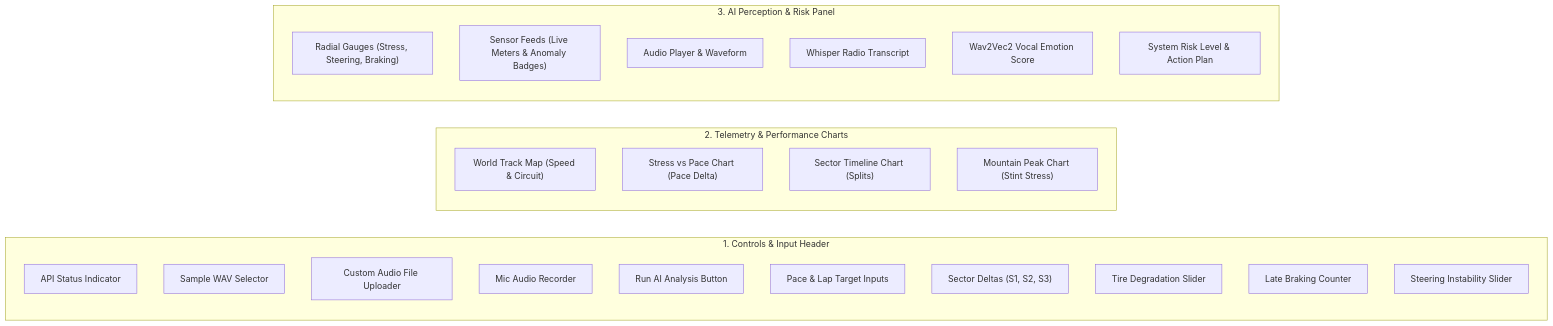
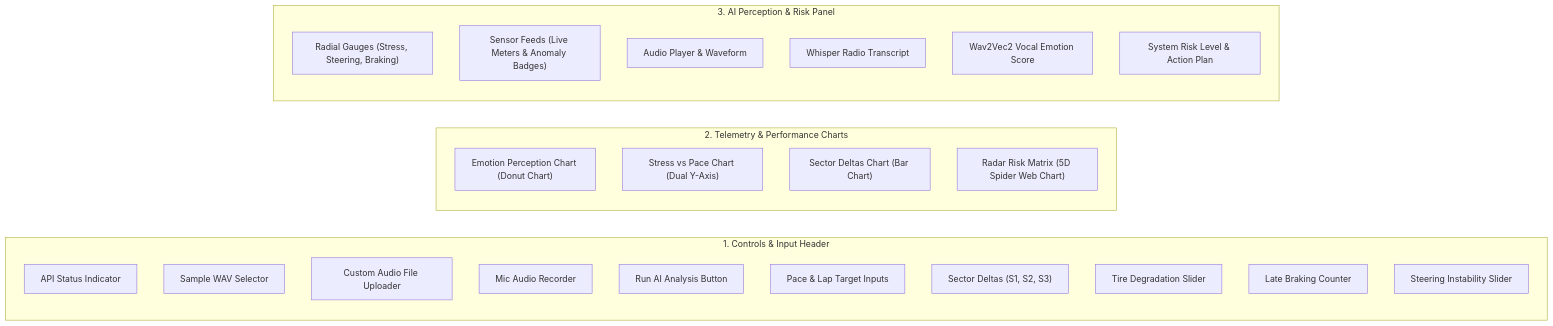
One commit to Aditsharma12/F1_sense changed the third of 3 diagrams in README.md. Above: the diagram before and after it, drawn with Mermaid. The commit also changed 13 other files, not shown here.

Commit message:
feat: enhance frontend UI with dynamic charts, emotion perception donut chart, 5D radar risk matrix, frosty glassmorphic cards, debounced live API integration, and ambient animations

````diff
--- a/README.md
+++ b/README.md
@@ -90,31 +90,31 @@
 ```mermaid
 graph LR
     subgraph Controls["1. Controls & Input Header"]
         H1["API Status Indicator"]
         H2["Sample WAV Selector"]
         H3["Custom Audio File Uploader"]
         H4["Mic Audio Recorder"]
         H5["Run AI Analysis Button"]
         T1["Pace & Lap Target Inputs"]
         T2["Sector Deltas (S1, S2, S3)"]
         T3["Tire Degradation Slider"]
         T4["Late Braking Counter"]
         T5["Steering Instability Slider"]
     end
 
     subgraph Visuals["2. Telemetry & Performance Charts"]
-        C1["World Track Map (Speed & Circuit)"]
-        C2["Stress vs Pace Chart (Pace Delta)"]
-        C3["Sector Timeline Chart (Splits)"]
-        C4["Mountain Peak Chart (Stint Stress)"]
+        C1["Emotion Perception Chart (Donut Chart)"]
+        C2["Stress vs Pace Chart (Dual Y-Axis)"]
+        C3["Sector Deltas Chart (Bar Chart)"]
+        C4["Radar Risk Matrix (5D Spider Web Chart)"]
     end
 
     subgraph Diagnostics["3. AI Perception & Risk Panel"]
         D1["Radial Gauges (Stress, Steering, Braking)"]
         D2["Sensor Feeds (Live Meters & Anomaly Badges)"]
         D3["Audio Player & Waveform"]
         D4["Whisper Radio Transcript"]
         D5["Wav2Vec2 Vocal Emotion Score"]
         D6["System Risk Level & Action Plan"]
     end
 ```
````
